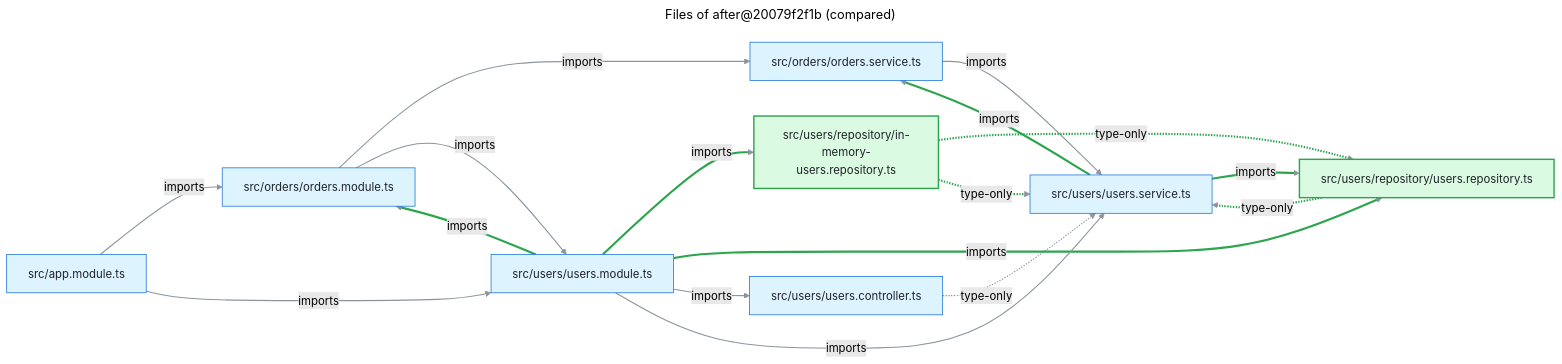
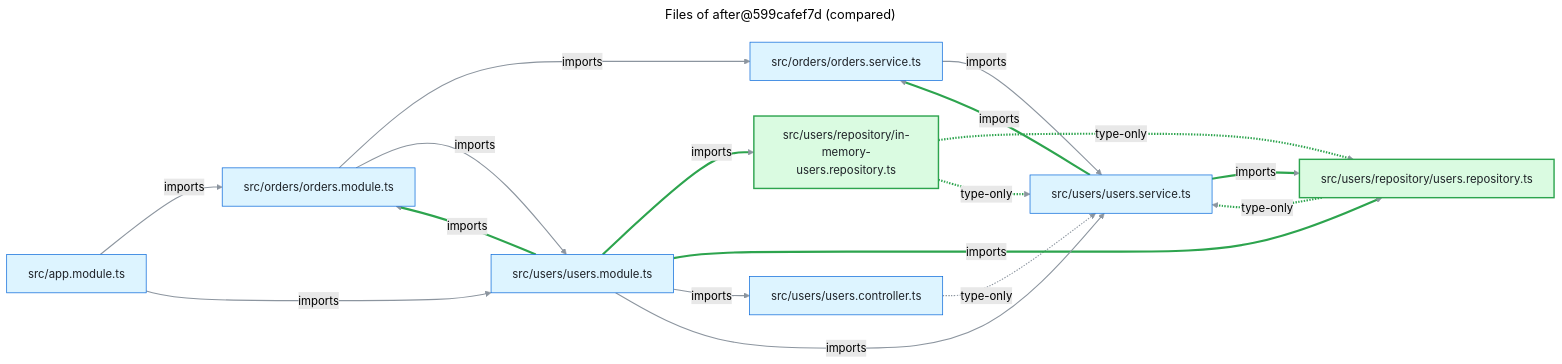
Before and after one commit to FullFran/archsieve: the diagram in examples/nest-shop/files-compare.mmd, drawn with Mermaid (forest theme). The commit also changed 20 other files, not shown here.

```diff
--- a/examples/nest-shop/files-compare.mmd
+++ b/examples/nest-shop/files-compare.mmd
@@ -1,47 +1,47 @@
 ---
-title: "Files of after@20079f2f1b (compared)"
+title: "Files of after@599cafef7d (compared)"
 ---
 flowchart LR
   n0["src/app.module.ts"]:::code
   n1["src/orders/orders.module.ts"]:::code
   n2["src/orders/orders.service.ts"]:::code
   n3["src/users/repository/in-memory-users.repository.ts"]:::added
   n4["src/users/repository/users.repository.ts"]:::added
   n5["src/users/users.controller.ts"]:::code
   n6["src/users/users.module.ts"]:::code
   n7["src/users/users.service.ts"]:::code
   n0 -->|"imports"| n1
   n0 -->|"imports"| n6
   n1 -->|"imports"| n2
   n1 -->|"imports"| n6
   n2 -->|"imports"| n7
   n3 -.->|"type-only"| n4
   n3 -.->|"type-only"| n7
   n4 -.->|"type-only"| n7
   n5 -.->|"type-only"| n7
   n6 -->|"imports"| n1
   n6 -->|"imports"| n3
   n6 -->|"imports"| n4
   n6 -->|"imports"| n5
   n6 -->|"imports"| n7
   n7 -->|"imports"| n2
   n7 -->|"imports"| n4
   linkStyle default stroke:#8c959f,stroke-width:1.5px
   linkStyle 5 stroke:#2da44e,stroke-width:3px
   linkStyle 6 stroke:#2da44e,stroke-width:3px
   linkStyle 7 stroke:#2da44e,stroke-width:3px
   linkStyle 9 stroke:#2da44e,stroke-width:3px
   linkStyle 10 stroke:#2da44e,stroke-width:3px
   linkStyle 11 stroke:#2da44e,stroke-width:3px
   linkStyle 14 stroke:#2da44e,stroke-width:3px
   linkStyle 15 stroke:#2da44e,stroke-width:3px
   classDef code fill:#ddf4ff,stroke:#0969da,color:#1f2328
   classDef external fill:#fff8c5,stroke:#9a6700,color:#1f2328
   classDef module fill:#fbefff,stroke:#8250df,color:#1f2328
   classDef added fill:#dafbe1,stroke:#2da44e,stroke-width:2px,color:#1f2328
   classDef removed fill:#ffebe9,stroke:#cf222e,stroke-dasharray:4 3,color:#1f2328
   classDef boundary fill:#f6f8fa,stroke:#57606a,stroke-dasharray:6 4,color:#1f2328
   classDef container fill:#ddf4ff,stroke:#0969da,stroke-width:2px,color:#1f2328
   classDef unverified fill:#ffffff,stroke:#0969da,stroke-width:2px,stroke-dasharray:5 3,color:#1f2328
   classDef undeclared fill:#fff1e5,stroke:#bc4c00,stroke-width:2px,color:#1f2328
   classDef focus fill:#ddf4ff,stroke:#0969da,stroke-width:4px,color:#1f2328
```
